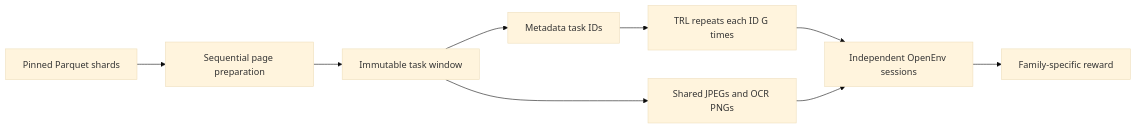
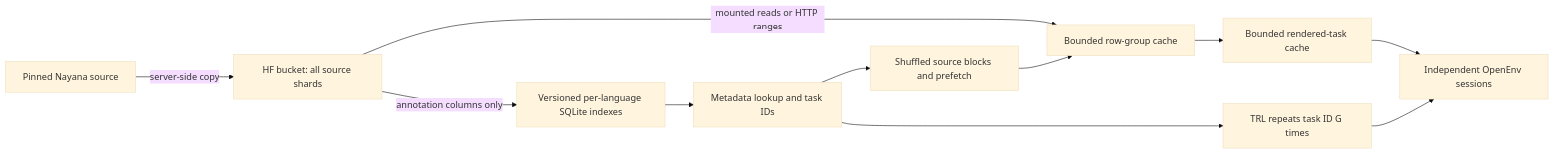
Before and after one commit to adithya-s-k/FineEnvs: the diagram in 05-multilingual-ocr/README.md, drawn with Mermaid (base theme). The commit also changed other lines of this file and 39 other files, not shown here.

Commit message:
Serve complete Nayana corpus from indexed bucket storage with prefetch

````diff
--- a/05-multilingual-ocr/README.md
+++ b/05-multilingual-ocr/README.md
@@ -71,11 +32,13 @@
 ```mermaid
 flowchart LR
-    A[Pinned Parquet shards] --> B[Sequential page preparation]
-    B --> C[Immutable task window]
-    C --> D[Metadata task IDs]
-    C --> E[Shared JPEGs and OCR PNGs]
-    D --> F[TRL repeats each ID G times]
-    F --> G[Independent OpenEnv sessions]
-    E --> G
-    G --> H[Family-specific reward]
+    A[Pinned Nayana source] -->|server-side copy| B[HF bucket: all source shards]
+    B -->|annotation columns only| C[Versioned per-language SQLite indexes]
+    C --> D[Metadata lookup and task IDs]
+    D --> E[Shuffled source blocks and prefetch]
+    B -->|mounted reads or HTTP ranges| F[Bounded row-group cache]
+    E --> F
+    F --> G[Bounded rendered-task cache]
+    D --> H[TRL repeats task ID G times]
+    G --> I[Independent OpenEnv sessions]
+    H --> I
 ```
````
